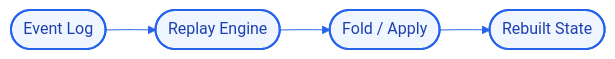
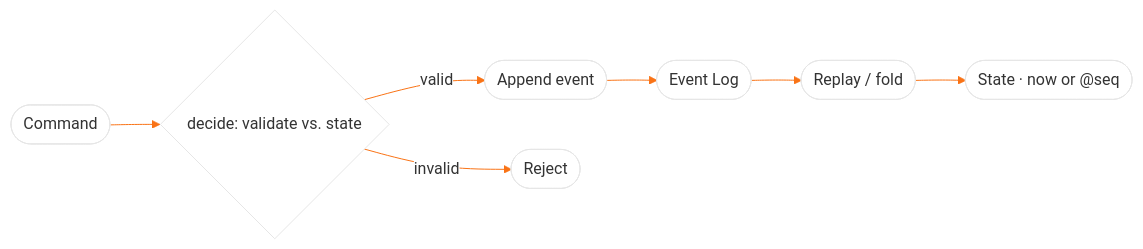
One commit to Kimosabey/event-replay changed the diagram in docs/ARCHITECTURE.md. Above: the diagram before and after it, drawn with Mermaid. The commit also changed other lines of this file and 7 other files, not shown here.

Commit message:
docs: flesh out architecture, getting-started, failure-scenarios, and interview Q&A with real content

````diff
--- a/docs/ARCHITECTURE.md
+++ b/docs/ARCHITECTURE.md
@@ -6,15 +9,10 @@
 ```mermaid
-%%{init: {'theme':'base','themeVariables':{'primaryColor':'#ffffff','lineColor':'#2563eb','mainBkg':'#ffffff'}}}%%
+%%{init: {'theme':'base','themeVariables':{'primaryColor':'#ffffff','lineColor':'#F97316','mainBkg':'#ffffff'}}}%%
 graph LR
-    A([Event Log])
-    B([Replay Engine])
-    C([Fold / Apply])
-    D([Rebuilt State])
-    A --> B
-    B --> C
-    C --> D
-    style A fill:#eff6ff,stroke:#2563eb,stroke-width:2px,color:#1e40af
-    style B fill:#eff6ff,stroke:#2563eb,stroke-width:2px,color:#1e40af
-    style C fill:#eff6ff,stroke:#2563eb,stroke-width:2px,color:#1e40af
-    style D fill:#eff6ff,stroke:#2563eb,stroke-width:2px,color:#1e40af
+    A([Command]) --> B{decide: validate vs. state}
+    B -->|valid| C([Append event])
+    B -->|invalid| X([Reject])
+    C --> D([Event Log])
+    D --> E([Replay / fold])
+    E --> F([State · now or @seq])
 ```
````
